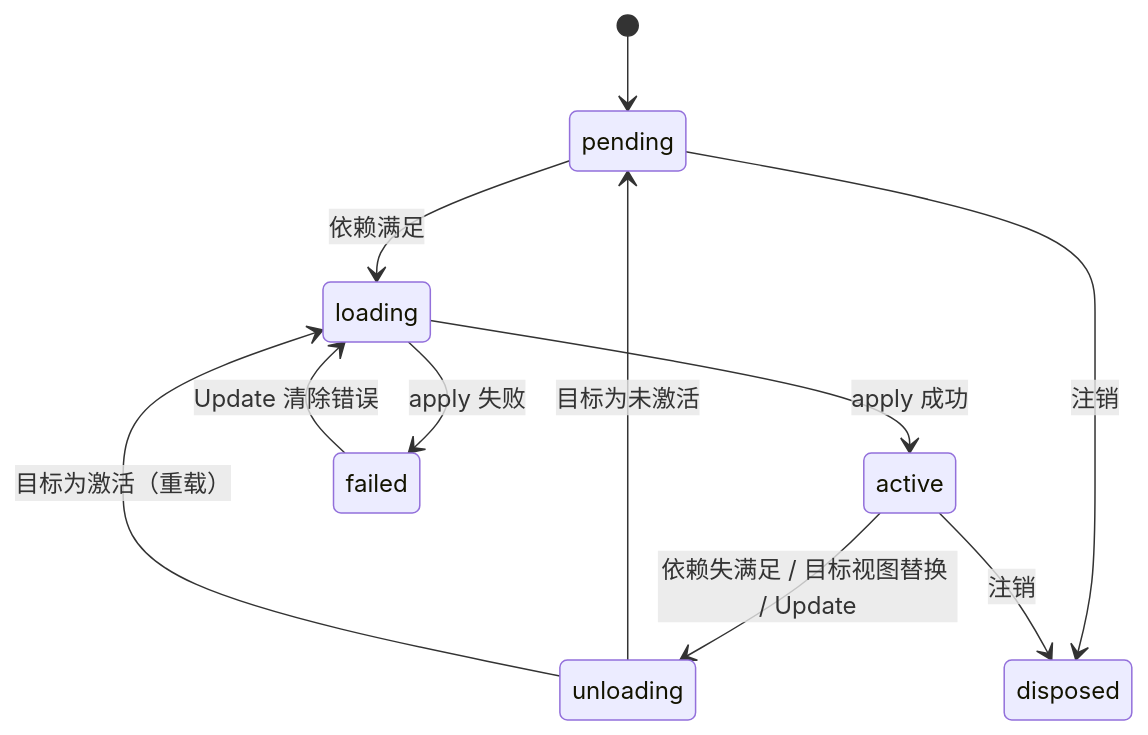
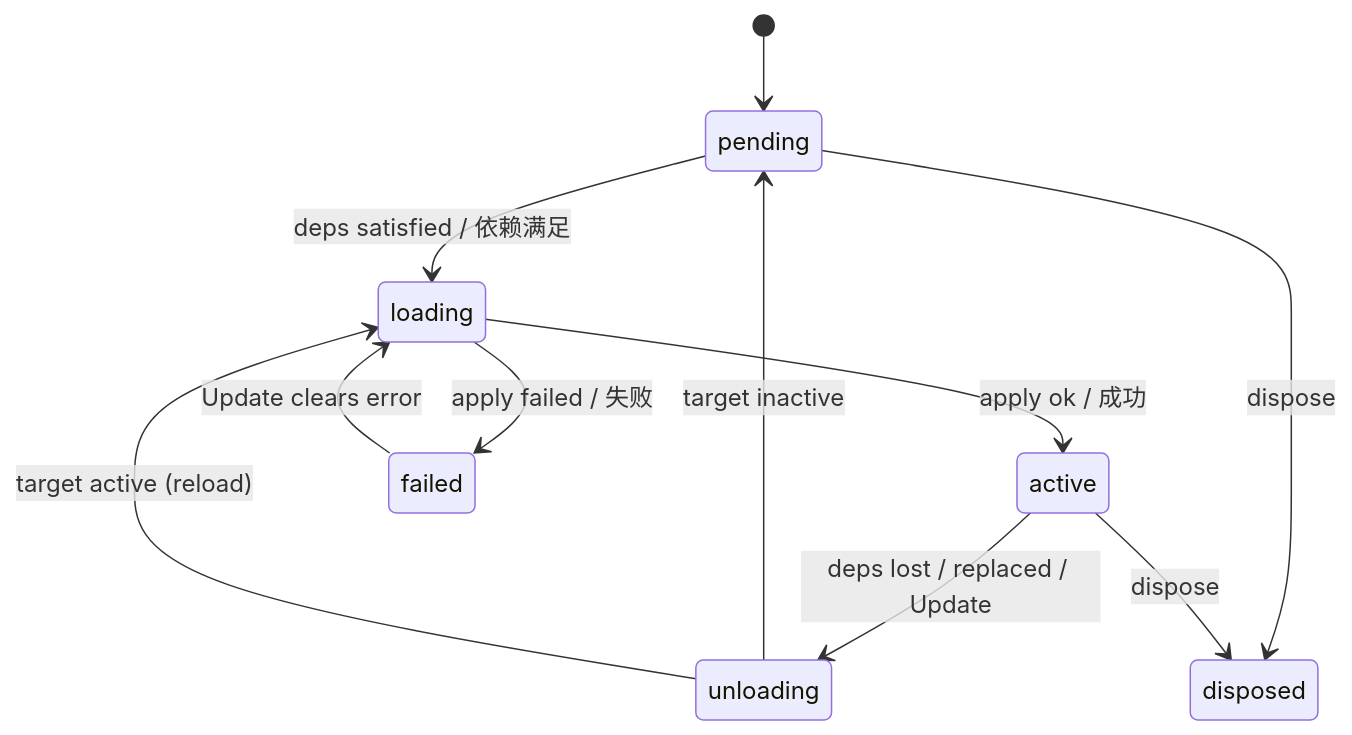
The second of 2 diagrams in README.md (corecraft-io/cordis), drawn with Mermaid before and after one commit. The commit also changed other lines of this file, not shown here.

````diff
--- a/README.md
+++ b/README.md
@@ -253,13 +307,13 @@
 ```mermaid
 stateDiagram-v2
     [*] --> pending
-    pending --> loading: 依赖满足
-    loading --> active: apply 成功
-    loading --> failed: apply 失败
-    active --> unloading: 依赖失满足 / 目标视图替换 / Update
-    unloading --> pending: 目标为未激活
-    unloading --> loading: 目标为激活（重载）
-    failed --> loading: Update 清除错误
-    pending --> disposed: 注销
-    active --> disposed: 注销
+    pending --> loading: deps satisfied / 依赖满足
+    loading --> active: apply ok / 成功
+    loading --> failed: apply failed / 失败
+    active --> unloading: deps lost / replaced / Update
+    unloading --> pending: target inactive
+    unloading --> loading: target active (reload)
+    failed --> loading: Update clears error
+    pending --> disposed: dispose
+    active --> disposed: dispose
 ```
````
